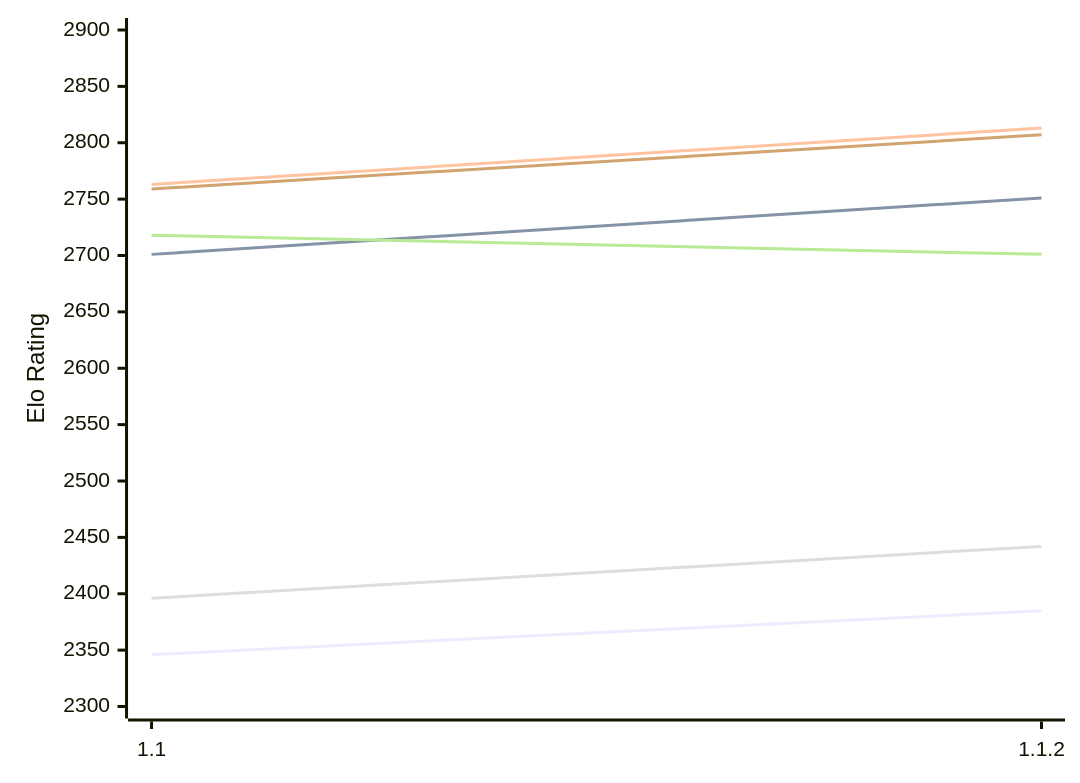
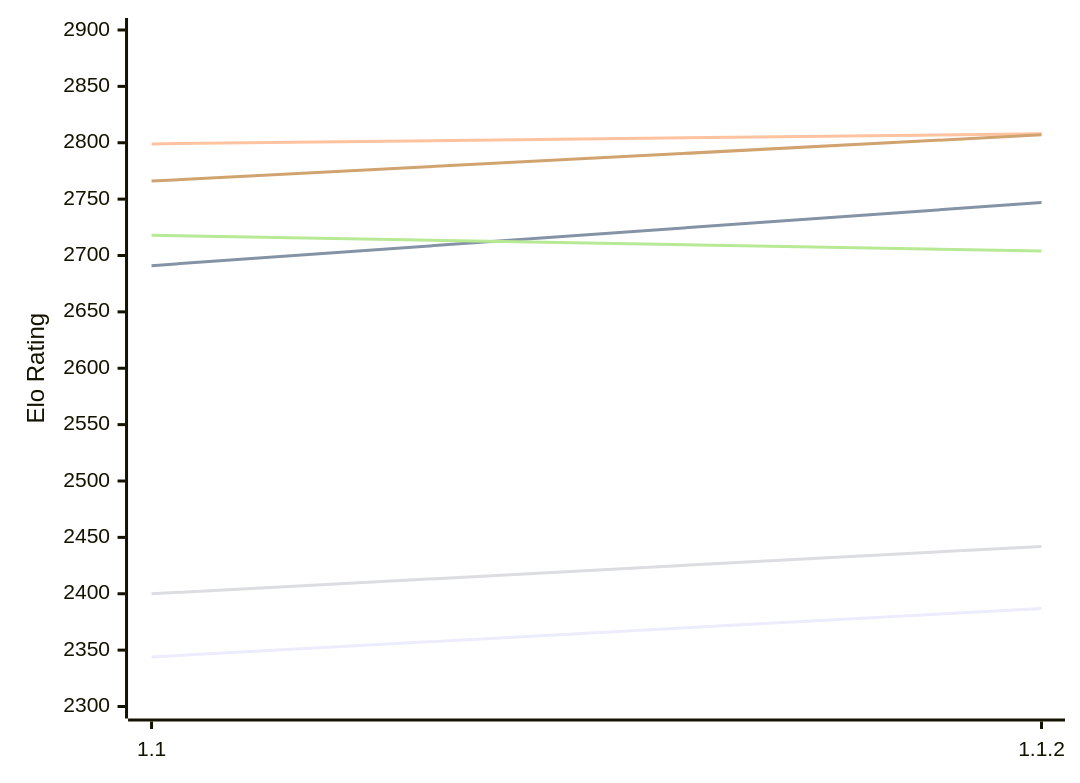
Before and after one commit to computer-chess-index/cci: the first of 2 diagrams in engines/Casanchess.md, drawn with Mermaid. The commit also changed other lines of this file, not shown here.

Commit message:
Update CCI Ratings (ELO VLTC) - 2026-11-26

````diff
--- a/engines/Casanchess.md
+++ b/engines/Casanchess.md
@@ -51,12 +51,12 @@
 ```mermaid
 %%{init: {"theme":"base","themeVariables":{"seriesColors:['#a3a3a3','#222221','#faa371']}}}%%
 xychart-beta
   x-axis ["1.1", "1.1.2"]
   y-axis "Elo Rating" 2300 --> 2900
-  line "E1: STC (8.0+0.08s)" [2346, 2385]
-  line "E1: LTC (60.0+0.60s)" [2701, 2751]
-  line "E1: VLTC (2m24s+1.12s)" [2763, 2813]
-  line "P1: STC (8.0+0.08s)" [2396, 2442]
-  line "P1: LTC (60.0+0.60s)" [2718, 2701]
-  line "P1: VLTC (2m24s+1.12s)" [2759, 2807]
+  line "E1: STC (8.0+0.08s)" [2344, 2387]
+  line "E1: LTC (60.0+0.60s)" [2691, 2747]
+  line "E1: VLTC (2m24s+1.12s)" [2799, 2808]
+  line "P1: STC (8.0+0.08s)" [2400, 2442]
+  line "P1: LTC (60.0+0.60s)" [2718, 2704]
+  line "P1: VLTC (2m24s+1.12s)" [2766, 2807]
 ```
````
